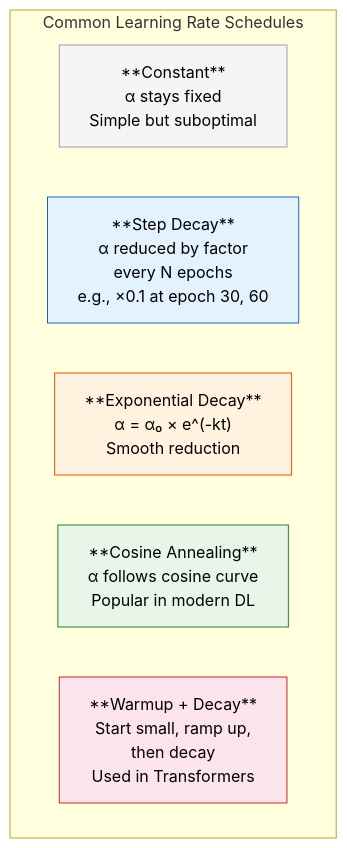
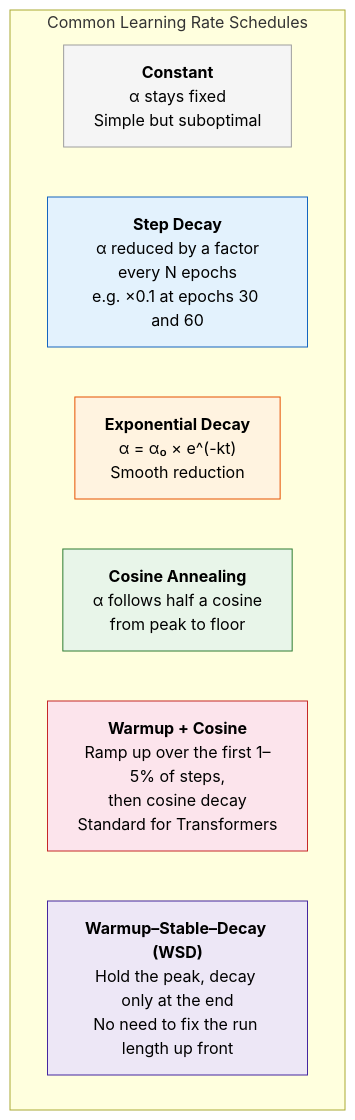
The eighth of 47 diagrams in content/34_google_top10_ml_interview.md (Hmago/ml4), drawn with Mermaid before and after one commit. The commit also changed other lines of this file and 59 other files, not shown here.

````diff
--- a/content/34_google_top10_ml_interview.md
+++ b/content/34_google_top10_ml_interview.md
@@ -451,16 +524,18 @@
 ```mermaid
 graph TD
     subgraph "Common Learning Rate Schedules"
-        CONST["**Constant**<br/>α stays fixed<br/>Simple but suboptimal"]
-        STEP["**Step Decay**<br/>α reduced by factor<br/>every N epochs<br/>e.g., ×0.1 at epoch 30, 60"]
-        EXP["**Exponential Decay**<br/>α = α₀ × e^(-kt)<br/>Smooth reduction"]
-        COS["**Cosine Annealing**<br/>α follows cosine curve<br/>Popular in modern DL"]
-        WARM["**Warmup + Decay**<br/>Start small, ramp up,<br/>then decay<br/>Used in Transformers"]
+        CONST["<b>Constant</b><br/>α stays fixed<br/>Simple but suboptimal"]
+        STEP["<b>Step Decay</b><br/>α reduced by a factor<br/>every N epochs<br/>e.g. ×0.1 at epochs 30 and 60"]
+        EXP["<b>Exponential Decay</b><br/>α = α₀ × e^(-kt)<br/>Smooth reduction"]
+        COS["<b>Cosine Annealing</b><br/>α follows half a cosine<br/>from peak to floor"]
+        WARM["<b>Warmup + Cosine</b><br/>Ramp up over the first 1–5% of steps,<br/>then cosine decay<br/>Standard for Transformers"]
+        WSD["<b>Warmup–Stable–Decay (WSD)</b><br/>Hold the peak, decay only at the end<br/>No need to fix the run length up front"]
     end
 
     style CONST fill:#f5f5f5,stroke:#9e9e9e,color:#000
     style STEP fill:#e3f2fd,stroke:#1565c0,color:#000
     style EXP fill:#fff3e0,stroke:#e65100,color:#000
     style COS fill:#e8f5e9,stroke:#2e7d32,color:#000
     style WARM fill:#fce4ec,stroke:#c62828,color:#000
+    style WSD fill:#ede7f6,stroke:#4527a0,color:#000
 ```
````
